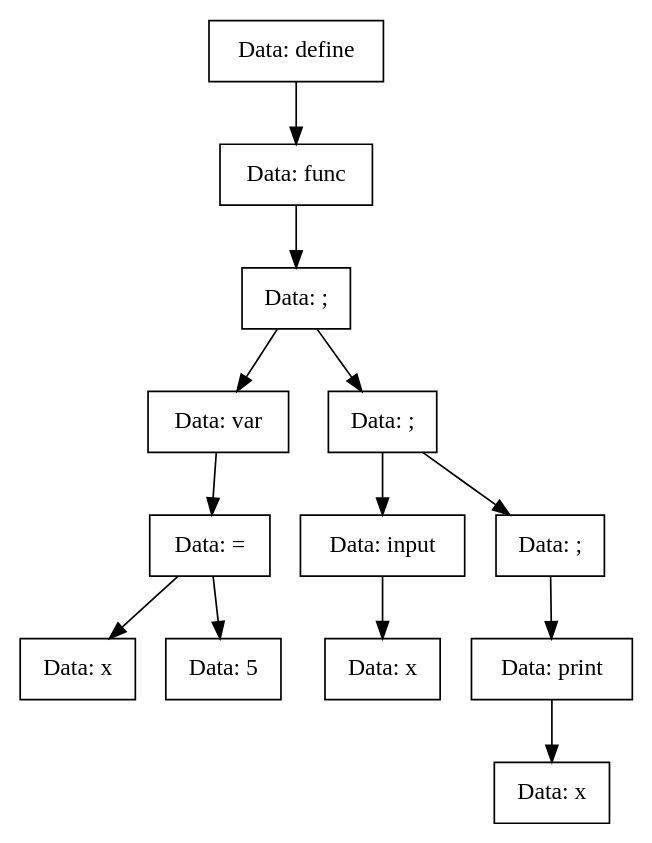
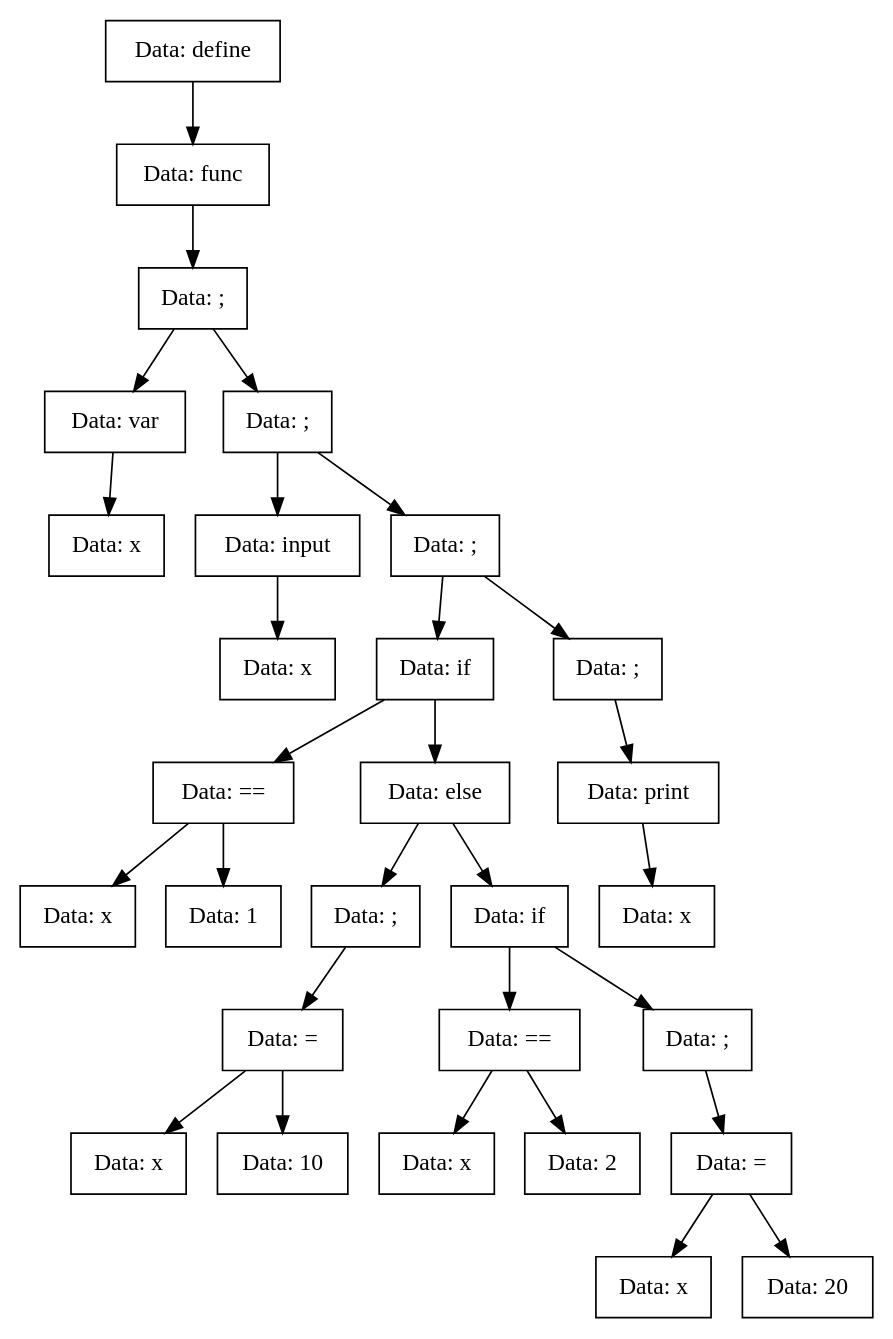
The diagram in TreeDump/func.dot (vorontsov-amd/Compiller), drawn with Graphviz before and after one commit. The commit also changed 15 other files, not shown here.

```diff
--- a/TreeDump/func.dot
+++ b/TreeDump/func.dot
@@ -1,27 +1,59 @@
 digraph func{
-Node0x55e41991c400[shape="record", label="Data: define"];
-Node0x55e41991c2c0[shape="record", label="Data: func"];
-Node0x55e41991c310[shape="record", label="Data: ;"];
-Node0x55e41991c130[shape="record", label="Data: var"];
-Node0x55e41991c180[shape="record", label="Data: ="];
-Node0x55e41991c220[shape="record", label="Data: x"];
-Node0x55e41991c180->Node0x55e41991c220;
-Node0x55e41991c1d0[shape="record", label="Data: 5"];
-Node0x55e41991c180->Node0x55e41991c1d0;
-Node0x55e41991c130->Node0x55e41991c180;
-Node0x55e41991c310->Node0x55e41991c130;
-Node0x55e41991c040[shape="record", label="Data: ;"];
-Node0x55e41991c3b0[shape="record", label="Data: input"];
-Node0x55e41991c360[shape="record", label="Data: x"];
-Node0x55e41991c3b0->Node0x55e41991c360;
-Node0x55e41991c040->Node0x55e41991c3b0;
-Node0x55e41991c270[shape="record", label="Data: ;"];
-Node0x55e41991c0e0[shape="record", label="Data: print"];
-Node0x55e41991c090[shape="record", label="Data: x"];
-Node0x55e41991c0e0->Node0x55e41991c090;
-Node0x55e41991c270->Node0x55e41991c0e0;
-Node0x55e41991c040->Node0x55e41991c270;
-Node0x55e41991c310->Node0x55e41991c040;
-Node0x55e41991c2c0->Node0x55e41991c310;
-Node0x55e41991c400->Node0x55e41991c2c0;
+Node0x55dcd5b1d460[shape="record", label="Data: define"];
+Node0x55dcd5b1d500[shape="record", label="Data: func"];
+Node0x55dcd5b1d4b0[shape="record", label="Data: ;"];
+Node0x55dcd5b1d320[shape="record", label="Data: var"];
+Node0x55dcd5b1d370[shape="record", label="Data: x"];
+Node0x55dcd5b1d320->Node0x55dcd5b1d370;
+Node0x55dcd5b1d4b0->Node0x55dcd5b1d320;
+Node0x55dcd5b1d230[shape="record", label="Data: ;"];
+Node0x55dcd5b1d280[shape="record", label="Data: input"];
+Node0x55dcd5b1d140[shape="record", label="Data: x"];
+Node0x55dcd5b1d280->Node0x55dcd5b1d140;
+Node0x55dcd5b1d230->Node0x55dcd5b1d280;
+Node0x55dcd5b1da00[shape="record", label="Data: ;"];
+Node0x55dcd5b1d9b0[shape="record", label="Data: if"];
+Node0x55dcd5b1d960[shape="record", label="Data: =="];
+Node0x55dcd5b1d3c0[shape="record", label="Data: x"];
+Node0x55dcd5b1d960->Node0x55dcd5b1d3c0;
+Node0x55dcd5b1d2d0[shape="record", label="Data: 1"];
+Node0x55dcd5b1d960->Node0x55dcd5b1d2d0;
+Node0x55dcd5b1d9b0->Node0x55dcd5b1d960;
+Node0x55dcd5b1d1e0[shape="record", label="Data: else"];
+Node0x55dcd5b1d190[shape="record", label="Data: ;"];
+Node0x55dcd5b1d410[shape="record", label="Data: ="];
+Node0x55dcd5b1d730[shape="record", label="Data: x"];
+Node0x55dcd5b1d410->Node0x55dcd5b1d730;
+Node0x55dcd5b1d8c0[shape="record", label="Data: 10"];
+Node0x55dcd5b1d410->Node0x55dcd5b1d8c0;
+Node0x55dcd5b1d190->Node0x55dcd5b1d410;
+Node0x55dcd5b1d1e0->Node0x55dcd5b1d190;
+Node0x55dcd5b1d910[shape="record", label="Data: if"];
+Node0x55dcd5b1d870[shape="record", label="Data: =="];
+Node0x55dcd5b1d820[shape="record", label="Data: x"];
+Node0x55dcd5b1d870->Node0x55dcd5b1d820;
+Node0x55dcd5b1d6e0[shape="record", label="Data: 2"];
+Node0x55dcd5b1d870->Node0x55dcd5b1d6e0;
+Node0x55dcd5b1d910->Node0x55dcd5b1d870;
+Node0x55dcd5b1d550[shape="record", label="Data: ;"];
+Node0x55dcd5b1d7d0[shape="record", label="Data: ="];
+Node0x55dcd5b1d640[shape="record", label="Data: x"];
+Node0x55dcd5b1d7d0->Node0x55dcd5b1d640;
+Node0x55dcd5b1d690[shape="record", label="Data: 20"];
+Node0x55dcd5b1d7d0->Node0x55dcd5b1d690;
+Node0x55dcd5b1d550->Node0x55dcd5b1d7d0;
+Node0x55dcd5b1d910->Node0x55dcd5b1d550;
+Node0x55dcd5b1d1e0->Node0x55dcd5b1d910;
+Node0x55dcd5b1d9b0->Node0x55dcd5b1d1e0;
+Node0x55dcd5b1da00->Node0x55dcd5b1d9b0;
+Node0x55dcd5b1d5f0[shape="record", label="Data: ;"];
+Node0x55dcd5b1d5a0[shape="record", label="Data: print"];
+Node0x55dcd5b1d780[shape="record", label="Data: x"];
+Node0x55dcd5b1d5a0->Node0x55dcd5b1d780;
+Node0x55dcd5b1d5f0->Node0x55dcd5b1d5a0;
+Node0x55dcd5b1da00->Node0x55dcd5b1d5f0;
+Node0x55dcd5b1d230->Node0x55dcd5b1da00;
+Node0x55dcd5b1d4b0->Node0x55dcd5b1d230;
+Node0x55dcd5b1d500->Node0x55dcd5b1d4b0;
+Node0x55dcd5b1d460->Node0x55dcd5b1d500;
 }
```
